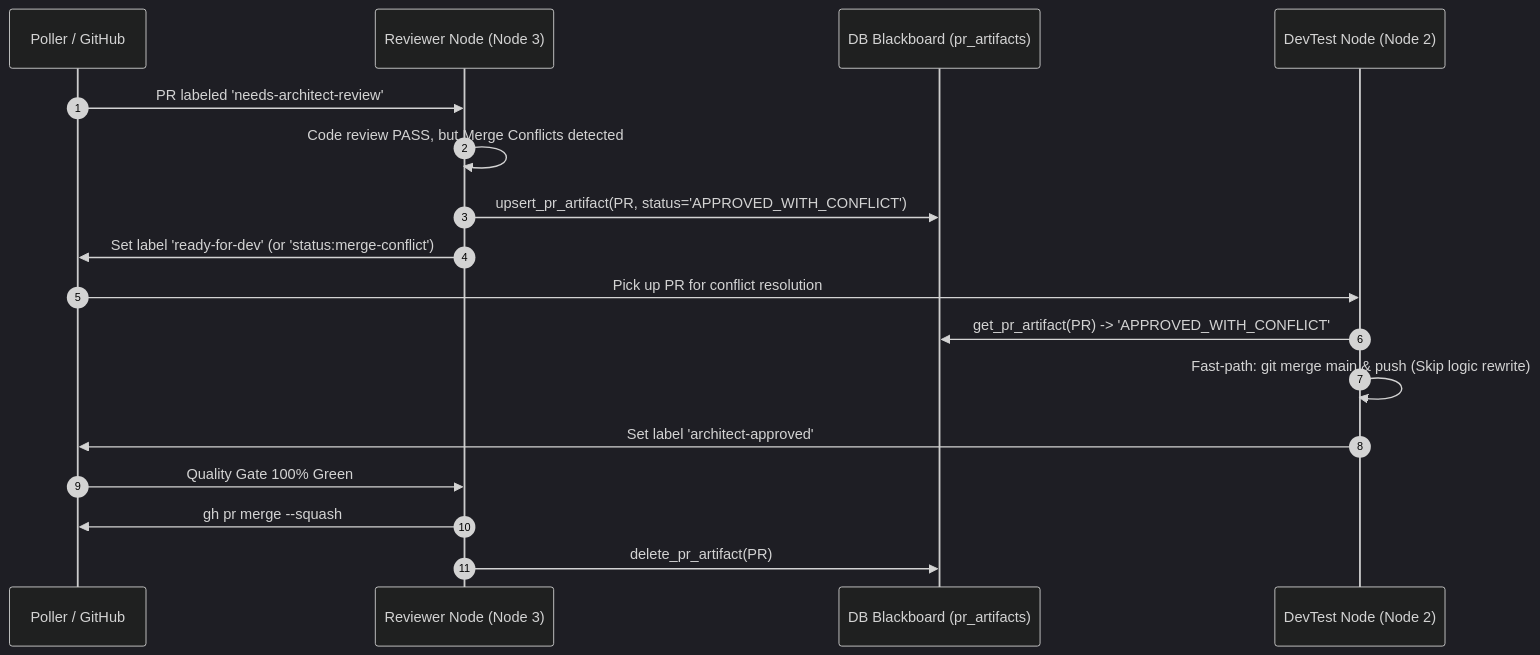
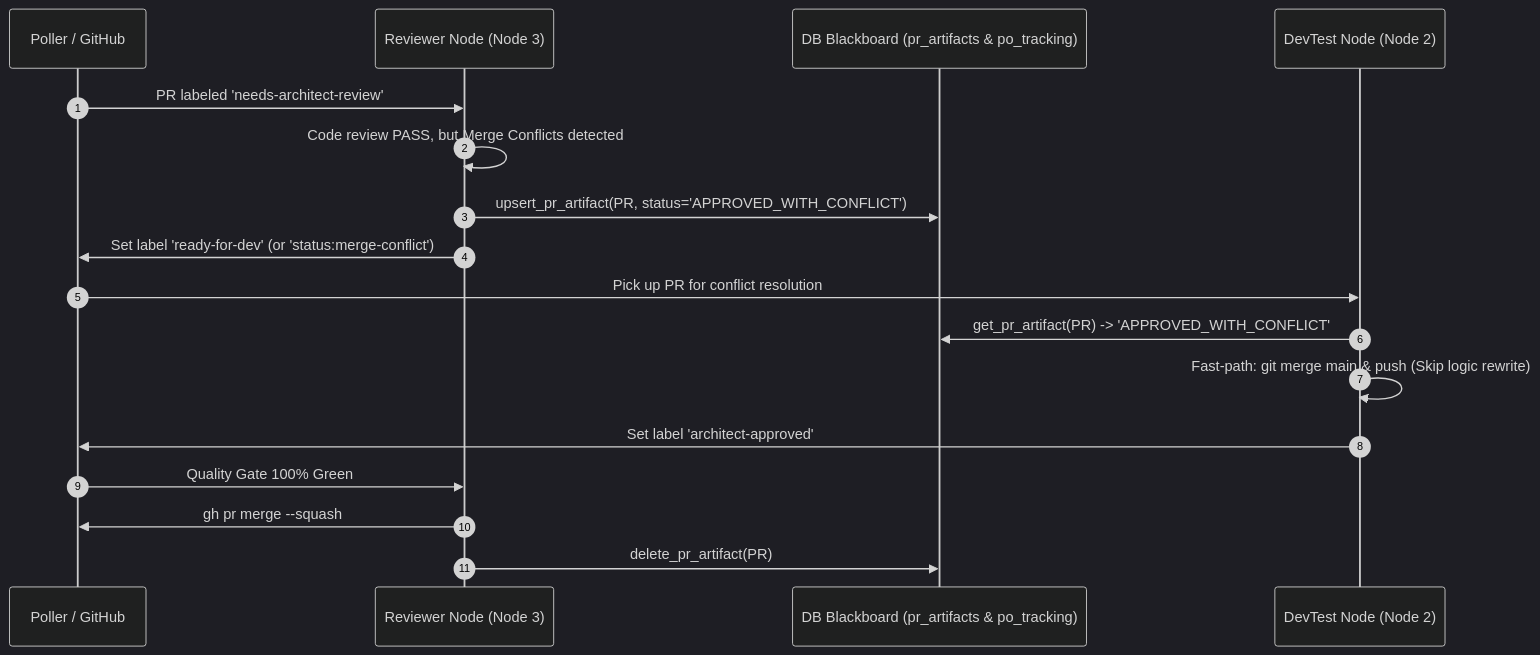
Before and after one commit to AntaresAndBharani/graph-engineering: the third of 5 diagrams in .graph/architecture.md, drawn with Mermaid (dark theme). The commit also changed other lines of this file and 9 other files, not shown here.

Commit message:
feat(cli): add supervisor evaluate --dry-run and supervisor status commands with Blackboard po_tracking

````diff
--- a/.graph/architecture.md
+++ b/.graph/architecture.md
@@ -217,20 +219,20 @@
 ```mermaid
 sequenceDiagram
     autonumber
     participant Poller as Poller / GitHub
     participant Reviewer as Reviewer Node (Node 3)
-    participant Blackboard as DB Blackboard (pr_artifacts)
+    participant Blackboard as DB Blackboard (pr_artifacts & po_tracking)
     participant DevTest as DevTest Node (Node 2)
 
     Poller->>Reviewer: PR labeled 'needs-architect-review'
     Reviewer->>Reviewer: Code review PASS, but Merge Conflicts detected
     Reviewer->>Blackboard: upsert_pr_artifact(PR, status='APPROVED_WITH_CONFLICT')
     Reviewer->>Poller: Set label 'ready-for-dev' (or 'status:merge-conflict')
     Poller->>DevTest: Pick up PR for conflict resolution
     DevTest->>Blackboard: get_pr_artifact(PR) -> 'APPROVED_WITH_CONFLICT'
     DevTest->>DevTest: Fast-path: git merge main & push (Skip logic rewrite)
     DevTest->>Poller: Set label 'architect-approved'
     Poller->>Reviewer: Quality Gate 100% Green
     Reviewer->>Poller: gh pr merge --squash
     Reviewer->>Blackboard: delete_pr_artifact(PR)
 ```
````
